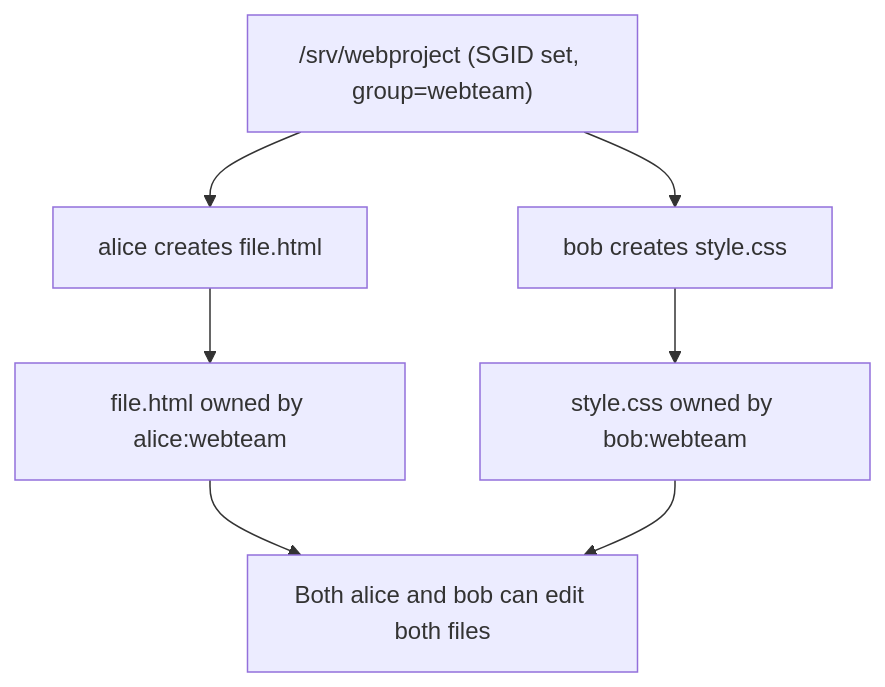
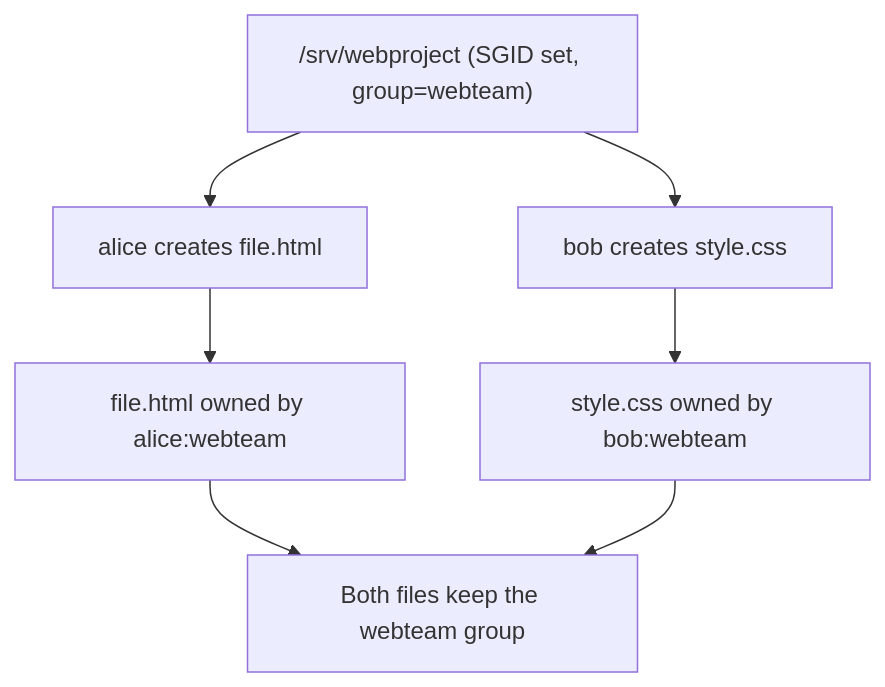
One commit to OneUptime/blog changed the diagram in posts/2026-03-04-special-permissions-suid-sgid-sticky-bit-rhel-9/README.md. Above: the diagram before and after it, drawn with Mermaid. The commit also changed other lines of this file and 875 other files, not shown here.

````diff
--- a/posts/2026-03-04-special-permissions-suid-sgid-sticky-bit-rhel-9/README.md
+++ b/posts/2026-03-04-special-permissions-suid-sgid-sticky-bit-rhel-9/README.md
@@ -128,9 +129,9 @@
 ```mermaid
 flowchart TD
     A["/srv/webproject (SGID set, group=webteam)"] --> B["alice creates file.html"]
     A --> C["bob creates style.css"]
     B --> D["file.html owned by alice:webteam"]
     C --> E["style.css owned by bob:webteam"]
-    D --> F["Both alice and bob can edit both files"]
+    D --> F["Both files keep the webteam group"]
     E --> F
 ```
````
